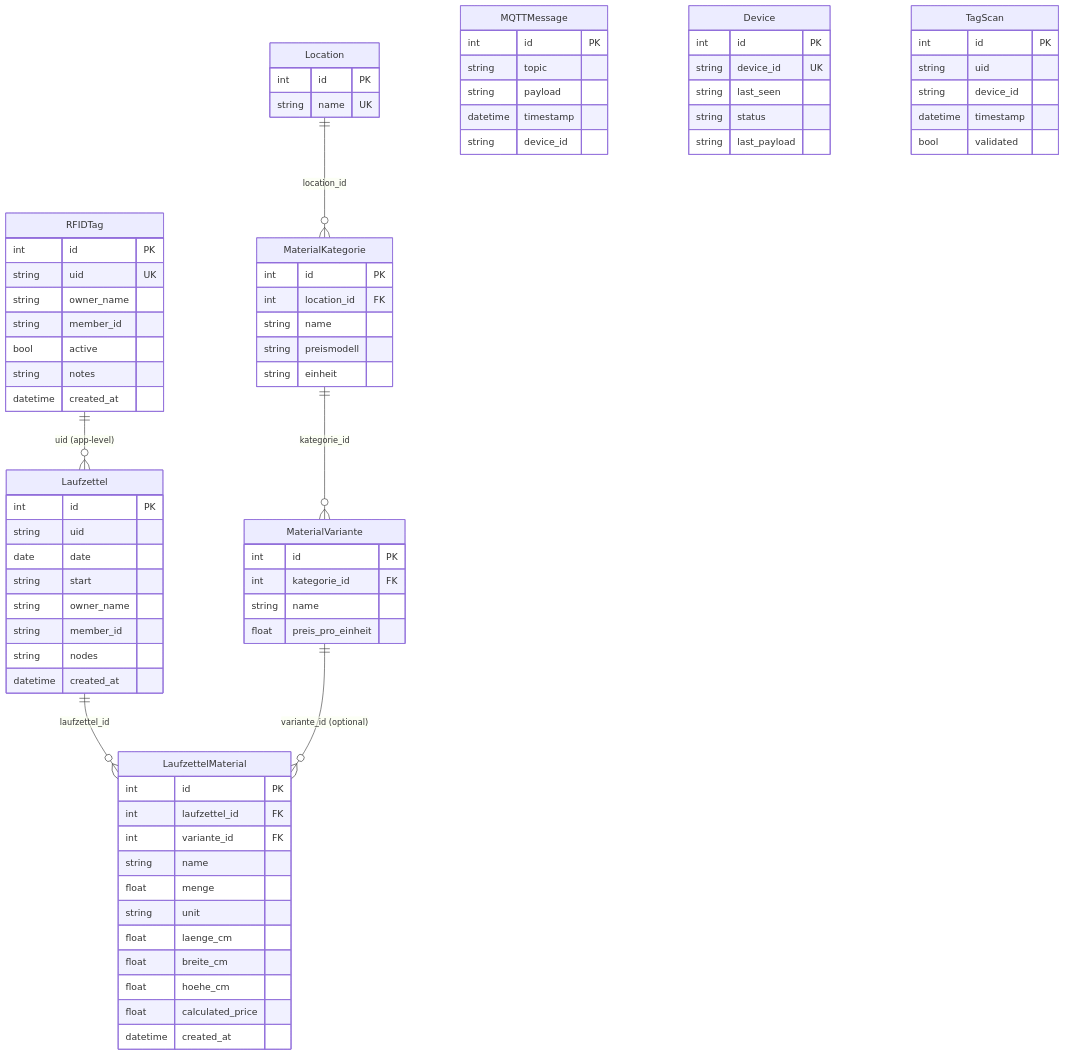
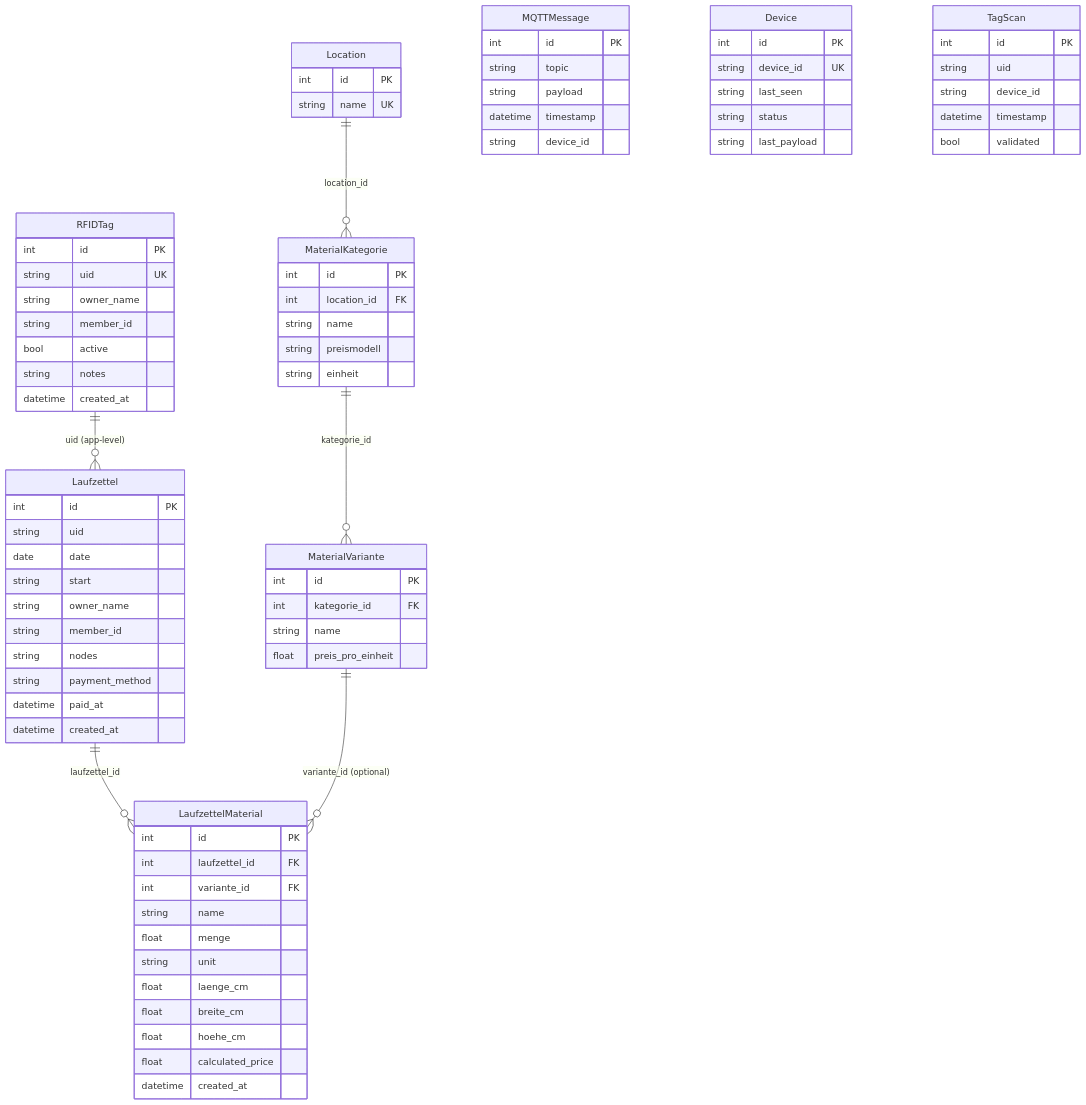
The first of 2 diagrams in docs/07-database-model.md (AlexErlewein/MakerPi_GroundControl), drawn with Mermaid before and after one commit. The commit also changed other lines of this file and 11 other files, not shown here.

````diff
--- a/docs/07-database-model.md
+++ b/docs/07-database-model.md
@@ -7,79 +7,81 @@
 ```mermaid
 erDiagram
     RFIDTag {
         int id PK
         string uid UK
         string owner_name
         string member_id
         bool active
         string notes
         datetime created_at
     }
     Laufzettel {
         int id PK
         string uid
         date date
         string start
         string owner_name
         string member_id
         string nodes
+        string payment_method
+        datetime paid_at
         datetime created_at
     }
     LaufzettelMaterial {
         int id PK
         int laufzettel_id FK
         int variante_id FK
         string name
         float menge
         string unit
         float laenge_cm
         float breite_cm
         float hoehe_cm
         float calculated_price
         datetime created_at
     }
     Location {
         int id PK
         string name UK
     }
     MaterialKategorie {
         int id PK
         int location_id FK
         string name
         string preismodell
         string einheit
     }
     MaterialVariante {
         int id PK
         int kategorie_id FK
         string name
         float preis_pro_einheit
     }
     MQTTMessage {
         int id PK
         string topic
         string payload
         datetime timestamp
         string device_id
     }
     Device {
         int id PK
         string device_id UK
         string last_seen
         string status
         string last_payload
     }
     TagScan {
         int id PK
         string uid
         string device_id
         datetime timestamp
         bool validated
     }
 
     RFIDTag ||--o{ Laufzettel : "uid (app-level)"
     Laufzettel ||--o{ LaufzettelMaterial : "laufzettel_id"
     Location ||--o{ MaterialKategorie : "location_id"
     MaterialKategorie ||--o{ MaterialVariante : "kategorie_id"
     MaterialVariante ||--o{ LaufzettelMaterial : "variante_id (optional)"
 ```
````
